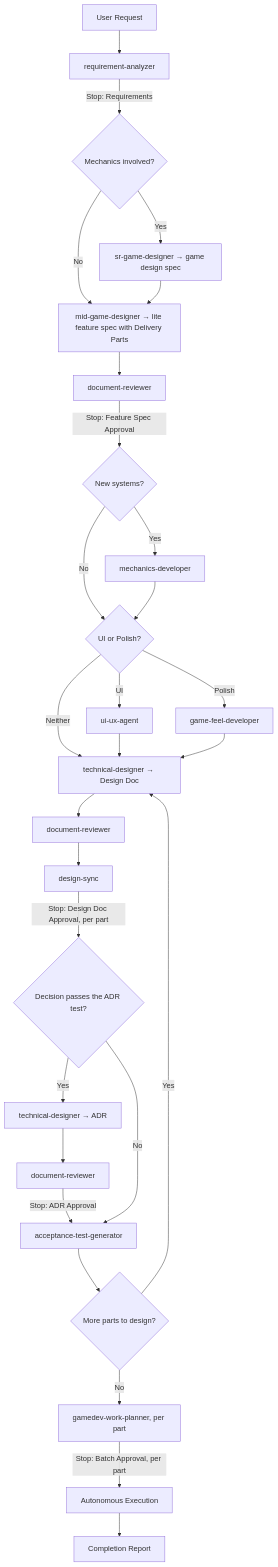
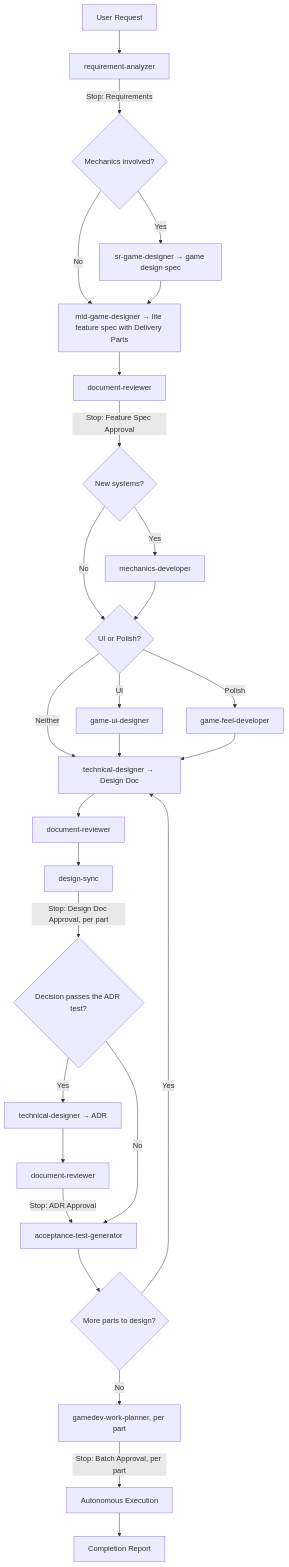
Before and after one commit to tundraray/overture: the fifth of 10 diagrams in docs/overture/gamedev-workflows.md, drawn with Mermaid. The commit also changed other lines of this file and 92 other files, not shown here.

````diff
--- a/docs/overture/gamedev-workflows.md
+++ b/docs/overture/gamedev-workflows.md
@@ -185,30 +185,30 @@
 ```mermaid
 graph TB
     A[User Request] --> B[requirement-analyzer]
     B --> |"Stop: Requirements"| COND{Mechanics involved?}
     COND --> |Yes| SGD[sr-game-designer → game design spec]
     COND --> |No| MGD
     SGD --> MGD[mid-game-designer → lite feature spec with Delivery Parts]
     MGD --> DRF[document-reviewer]
     DRF --> |"Stop: Feature Spec Approval"| MECH{New systems?}
     MECH --> |Yes| MD[mechanics-developer]
     MECH --> |No| COND2{UI or Polish?}
     MD --> COND2
-    COND2 --> |UI| UI[ui-ux-agent]
+    COND2 --> |UI| UI[game-ui-designer]
     COND2 --> |Polish| GFD[game-feel-developer]
     COND2 --> |Neither| TD
     UI --> TD[technical-designer → Design Doc]
     GFD --> TD
     TD --> DR[document-reviewer]
     DR --> SYNC[design-sync]
     SYNC --> |"Stop: Design Doc Approval, per part"| ADR{Decision passes the ADR test?}
     ADR --> |Yes| TDA[technical-designer → ADR]
     TDA --> DRA[document-reviewer]
     DRA --> |"Stop: ADR Approval"| ATG[acceptance-test-generator]
     ADR --> |No| ATG
     ATG --> MORE{More parts to design?}
     MORE --> |Yes| TD
     MORE --> |No| WP[gamedev-work-planner, per part]
     WP --> |"Stop: Batch Approval, per part"| AUTO[Autonomous Execution]
     AUTO --> DONE[Completion Report]
 ```
````
